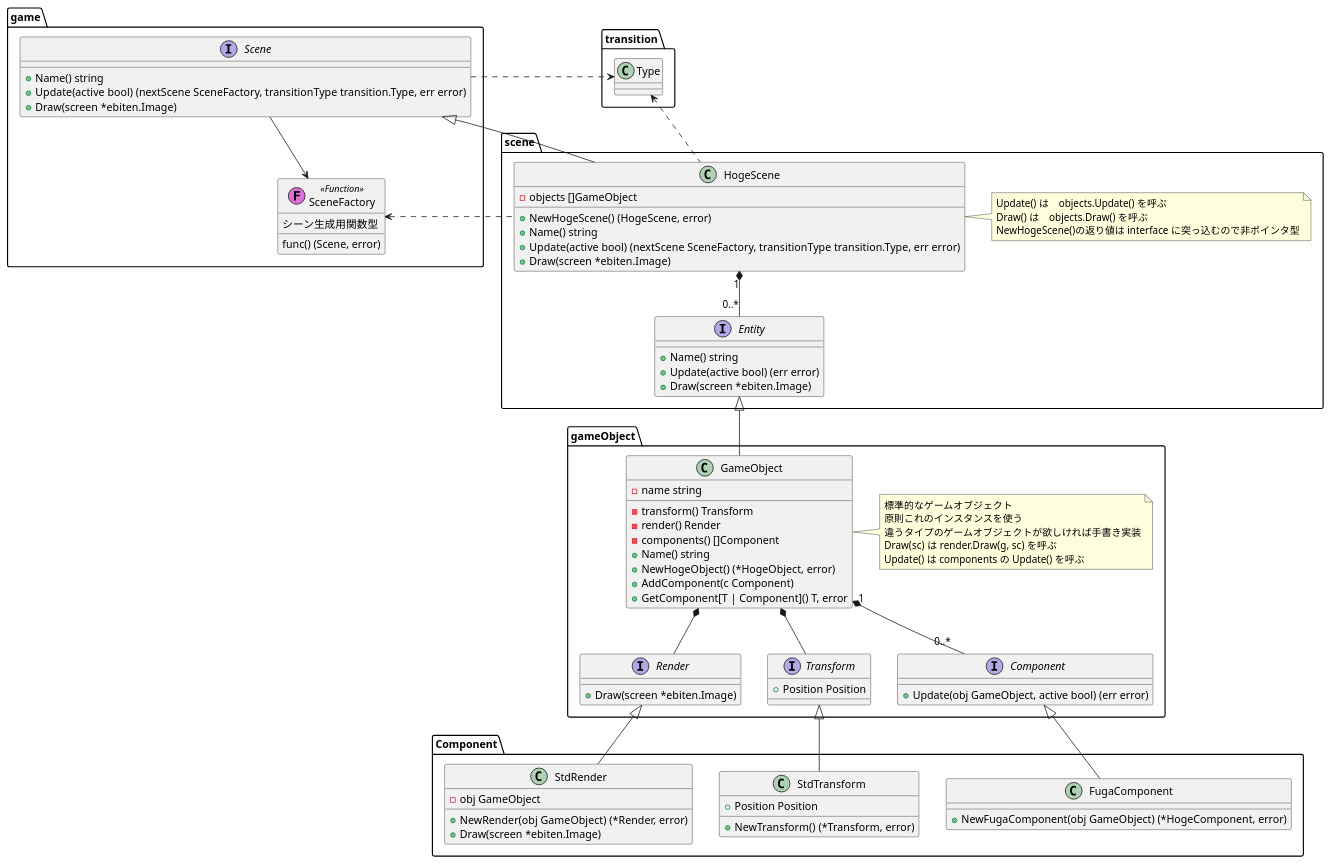
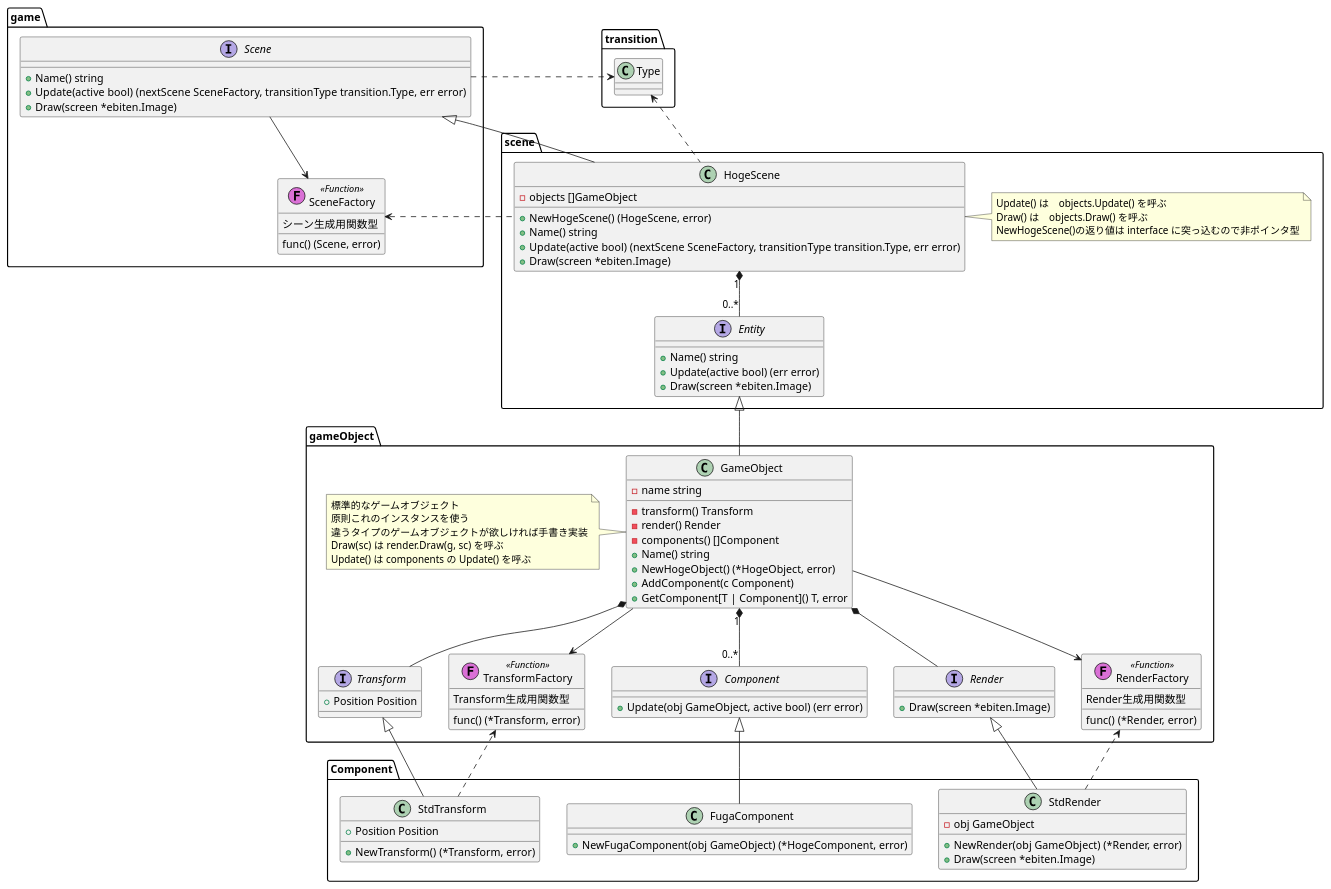
Before and after one commit to kmc-jp/Gamedev_Tempura-of-p--Phenylazo-phenol: the diagram in Docs/Scene_class_diagram.puml, drawn with PlantUML. The commit also changed 5 other files, not shown here.

Commit message:
Transform と Render の定義と実装を切り離した

```diff
--- a/Docs/Scene_class_diagram.puml
+++ b/Docs/Scene_class_diagram.puml
@@ -1,101 +1,116 @@
 @startuml Scene_class_diagram
 
 package transition {
     class Type{}
 }
 
 package game {
     interface Scene {
         + Name() string
         + Update(active bool) (nextScene SceneFactory, transitionType transition.Type, err error)
         + Draw(screen *ebiten.Image)
     }
 
     class SceneFactory << (F,orchid) Function >> {
         シーン生成用関数型
         func() (Scene, error)
     }
 
     Scene --> SceneFactory
     Scene .right.> transition.Type
 }
 
 package scene {
     class HogeScene {
         - objects []GameObject
         + NewHogeScene() (HogeScene, error)
         + Name() string
         + Update(active bool) (nextScene SceneFactory, transitionType transition.Type, err error)
         + Draw(screen *ebiten.Image)
     }
     note right of HogeScene : Update() は　objects.Update() を呼ぶ\nDraw() は　objects.Draw() を呼ぶ\nNewHogeScene()の返り値は interface に突っ込むので非ポインタ型
 
     HogeScene -up-|> game.Scene
     HogeScene ..left..> game.SceneFactory
     HogeScene .up.> transition.Type
 
 
     HogeScene "1" *-- "0..*" Entity
 
     interface Entity {
         + Name() string
         + Update(active bool) (err error)
         + Draw(screen *ebiten.Image)
     }
 }
 
 package gameObject {
     class GameObject {
         - name string
         - transform() Transform
         - render() Render
         - components() []Component
         + Name() string
         + NewHogeObject() (*HogeObject, error)
         + AddComponent(c Component)
         + GetComponent[T | Component]() T, error
     }
-    note right of GameObject : 標準的なゲームオブジェクト\n原則これのインスタンスを使う\n違うタイプのゲームオブジェクトが欲しければ手書き実装\nDraw(sc) は render.Draw(g, sc) を呼ぶ\nUpdate() は components の Update() を呼ぶ
+    note left of GameObject : 標準的なゲームオブジェクト\n原則これのインスタンスを使う\n違うタイプのゲームオブジェクトが欲しければ手書き実装\nDraw(sc) は render.Draw(g, sc) を呼ぶ\nUpdate() は components の Update() を呼ぶ
 
     GameObject -up-|> scene.Entity
     GameObject *-- Transform
+    GameObject --> TransformFactory
     GameObject *-- Render
+    GameObject --> RenderFactory
 
     GameObject "1" *-- "0..*" Component
 
     interface Transform {
         + Position Position
     }
 
+    class TransformFactory << (F,orchid) Function >> {
+        Transform生成用関数型
+        func() (*Transform, error)
+    }
+
+
     interface Render {
         + Draw(screen *ebiten.Image)
+    }
+
+    class RenderFactory << (F,orchid) Function >> {
+        Render生成用関数型
+        func() (*Render, error)
     }
 
     interface Component {
         + Update(obj GameObject, active bool) (err error)
     }
 }
 
 package Component {
     class FugaComponent {
         + NewFugaComponent(obj GameObject) (*HogeComponent, error)
     }
 
     FugaComponent -up-|> gameObject.Component
 
     class StdTransform {
         + Position Position
         + NewTransform() (*Transform, error)
     }
 
     StdTransform -up-|> gameObject.Transform
+    StdTransform ..> gameObject.TransformFactory
 
     class StdRender {
         - obj GameObject
         + NewRender(obj GameObject) (*Render, error)
         + Draw(screen *ebiten.Image)
     }
 
     StdRender -up-|> gameObject.Render
+    StdRender ..> gameObject.RenderFactory
 }
 @enduml
```
